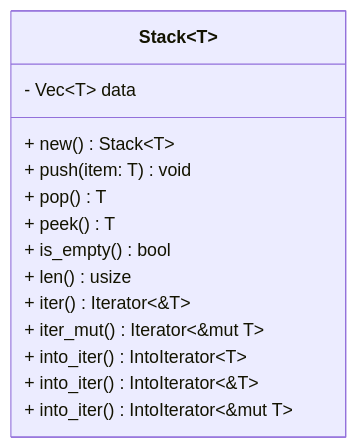
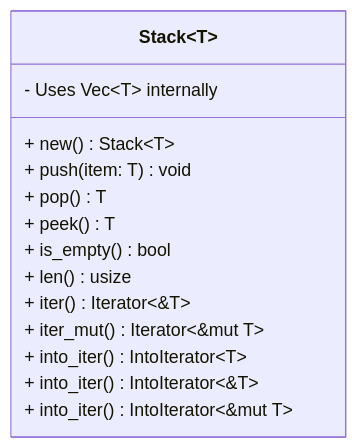
One commit to wassimans/algorithms-and-data-structures-in-rust changed the second of 4 diagrams in README.md. Above: the diagram before and after it, drawn with Mermaid. The commit also changed other lines of this file, not shown here.

Commit message:
Add sequence diagrams for Stack and Queue

````diff
--- a/README.md
+++ b/README.md
@@ -29,17 +47,17 @@
 ```mermaid
 classDiagram
     class Stack~T~ {
-        - Vec~T~ data
+        - Uses Vec~T~ internally
         + new() Stack~T~
         + push(item: T) void
         + pop() T
         + peek() T
         + is_empty() bool
         + len() usize
         + iter() Iterator~&T~
         + iter_mut() Iterator~&mut T~
         + into_iter() IntoIterator~T~
         + into_iter() IntoIterator~&T~
         + into_iter() IntoIterator~&mut T~
     }
 ```
````
